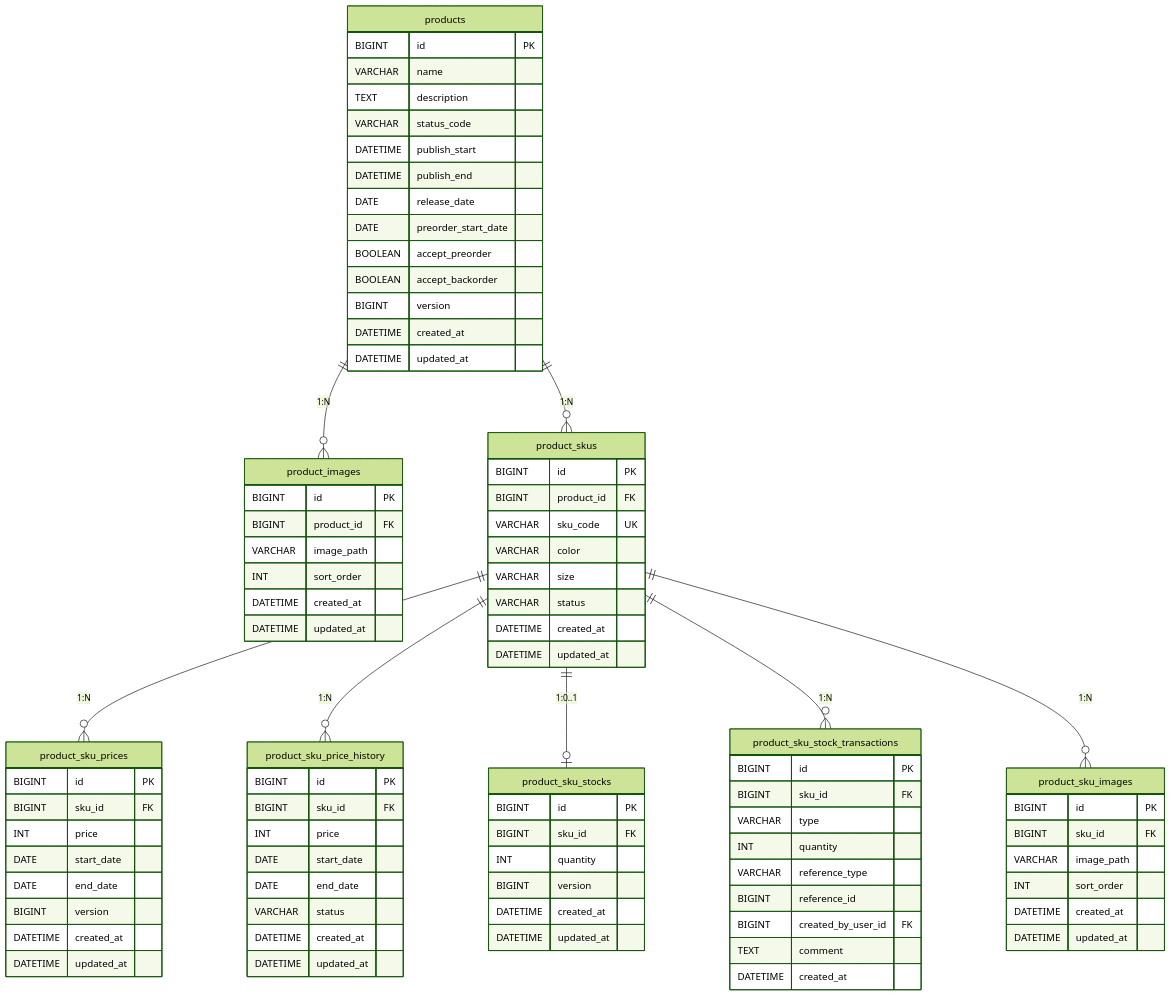
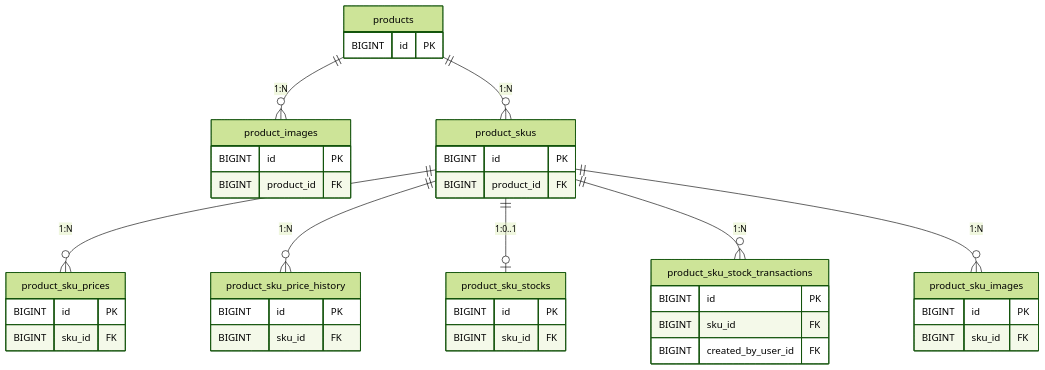
Before and after one commit to Tetsu0222/amazia: the second of 5 diagrams in docs/database_design/ER_diagram.md, drawn with Mermaid (forest theme). The commit also changed other lines of this file, not shown here.

Commit message:
ER図更新

```diff
--- a/docs/database_design/ER_diagram.md
+++ b/docs/database_design/ER_diagram.md
@@ -88,90 +70,42 @@
 erDiagram
     products {
         BIGINT id PK
-        VARCHAR name
-        TEXT description
-        VARCHAR status_code
-        DATETIME publish_start
-        DATETIME publish_end
-        DATE release_date
-        DATE preorder_start_date
-        BOOLEAN accept_preorder
-        BOOLEAN accept_backorder
-        BIGINT version
-        DATETIME created_at
-        DATETIME updated_at
     }
 
     product_images {
         BIGINT id PK
         BIGINT product_id FK
-        VARCHAR image_path
-        INT sort_order
-        DATETIME created_at
-        DATETIME updated_at
     }
 
     product_skus {
         BIGINT id PK
         BIGINT product_id FK
-        VARCHAR sku_code UK
-        VARCHAR color
-        VARCHAR size
-        VARCHAR status
-        DATETIME created_at
-        DATETIME updated_at
     }
 
     product_sku_prices {
         BIGINT id PK
         BIGINT sku_id FK
-        INT price
-        DATE start_date
-        DATE end_date
-        BIGINT version
-        DATETIME created_at
-        DATETIME updated_at
     }
 
     product_sku_price_history {
         BIGINT id PK
         BIGINT sku_id FK
-        INT price
-        DATE start_date
-        DATE end_date
-        VARCHAR status
-        DATETIME created_at
-        DATETIME updated_at
     }
 
     product_sku_stocks {
         BIGINT id PK
         BIGINT sku_id FK
-        INT quantity
-        BIGINT version
-        DATETIME created_at
-        DATETIME updated_at
     }
 
     product_sku_stock_transactions {
         BIGINT id PK
         BIGINT sku_id FK
-        VARCHAR type
-        INT quantity
-        VARCHAR reference_type
-        BIGINT reference_id
         BIGINT created_by_user_id FK
-        TEXT comment
-        DATETIME created_at
     }
 
     product_sku_images {
         BIGINT id PK
         BIGINT sku_id FK
-        VARCHAR image_path
-        INT sort_order
-        DATETIME created_at
-        DATETIME updated_at
     }
 
     products ||--o{ product_images : "1:N"
```
